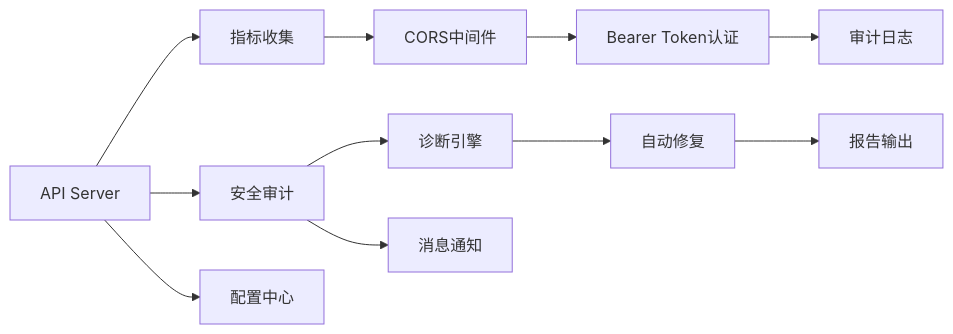
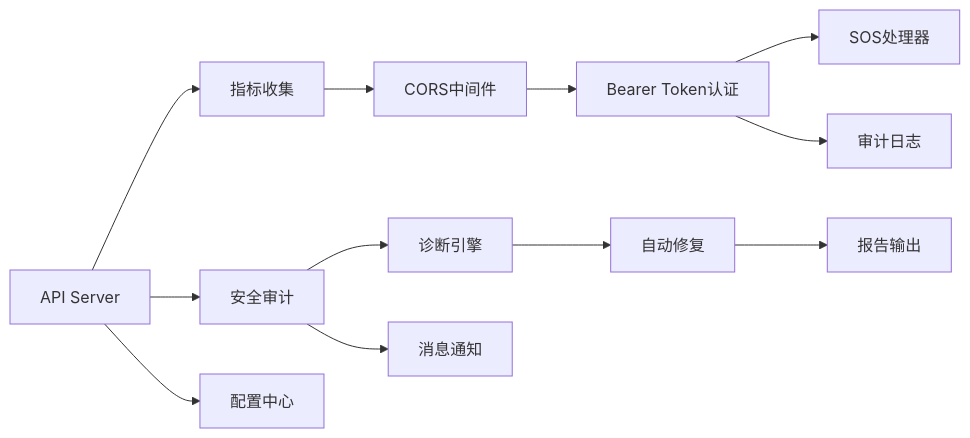
One commit to kudig-io/klaw changed the ninth of 9 diagrams in .qoder/repowiki/zh/content/系统架构/安全架构.md. Above: the diagram before and after it, drawn with Mermaid. The commit also changed other lines of this file and 257 other files, not shown here.

````diff
--- a/.qoder/repowiki/zh/content/系统架构/安全架构.md
+++ b/.qoder/repowiki/zh/content/系统架构/安全架构.md
@@ -460,13 +511,14 @@
 ```mermaid
 graph LR
 API["API Server"] --> Metrics["指标收集"]
 Metrics --> CORS["CORS中间件"]
 CORS --> Auth["Bearer Token认证"]
+Auth --> SOS["SOS处理器"]
 Auth --> Audit["审计日志"]
 API --> Sec["安全审计"]
 API --> Cfg["配置中心"]
 Sec --> Diag["诊断引擎"]
 Diag --> Fix["自动修复"]
 Fix --> Report["报告输出"]
 Sec --> Notify["消息通知"]
 ```
````
